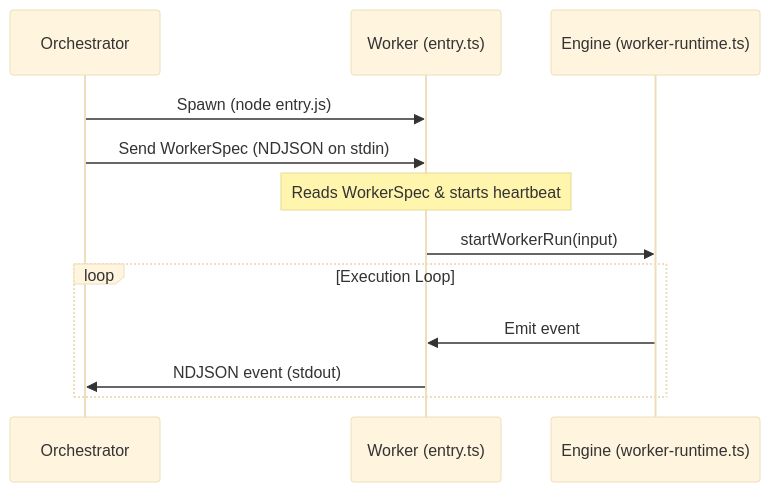
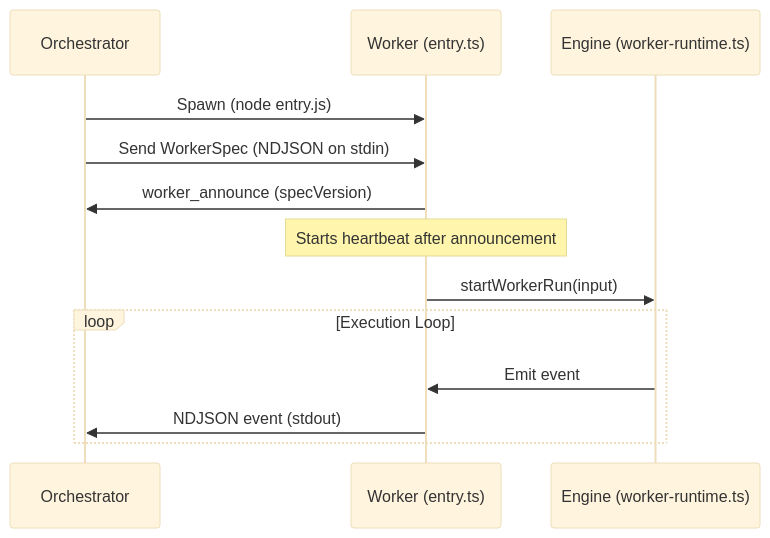
The first of 2 diagrams in docs/worker-dispatch-mechanics.md (iowarp/clio-coder), drawn with Mermaid (base theme) before and after one commit. The commit also changed other lines of this file and 7 other files, not shown here.

````diff
--- a/docs/worker-dispatch-mechanics.md
+++ b/docs/worker-dispatch-mechanics.md
@@ -29,15 +29,16 @@
 ```mermaid
 sequenceDiagram
     participant Orchestrator
     participant WorkerSubprocess as Worker (entry.ts)
     participant Engine as Engine (worker-runtime.ts)
 
     Orchestrator->>WorkerSubprocess: Spawn (node entry.js)
     Orchestrator->>WorkerSubprocess: Send WorkerSpec (NDJSON on stdin)
-    Note over WorkerSubprocess: Reads WorkerSpec & starts heartbeat
+    WorkerSubprocess->>Orchestrator: worker_announce (specVersion)
+    Note over WorkerSubprocess: Starts heartbeat after announcement
     WorkerSubprocess->>Engine: startWorkerRun(input)
     loop Execution Loop
         Engine->>WorkerSubprocess: Emit event
         WorkerSubprocess->>Orchestrator: NDJSON event (stdout)
     end
 ```
````
